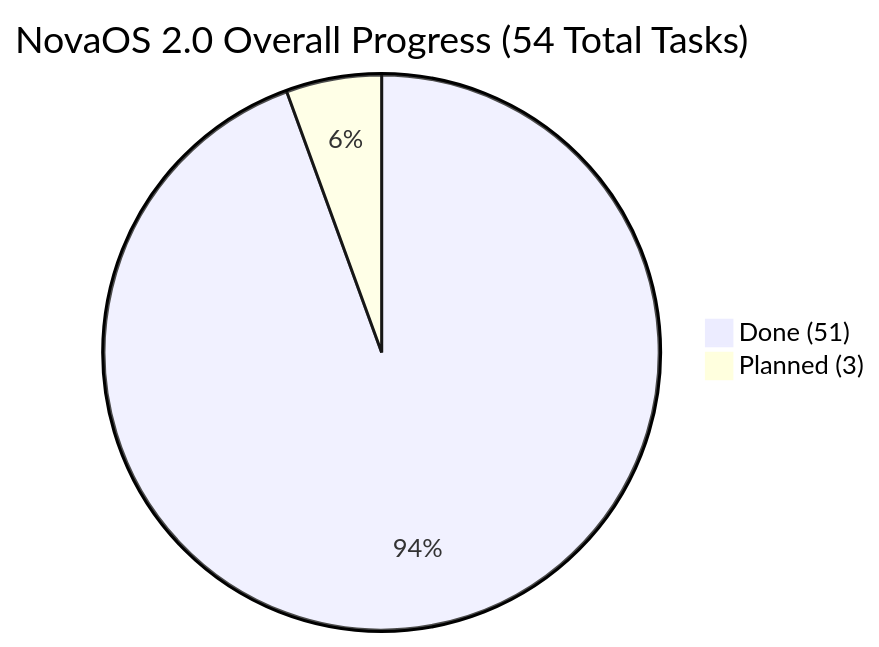
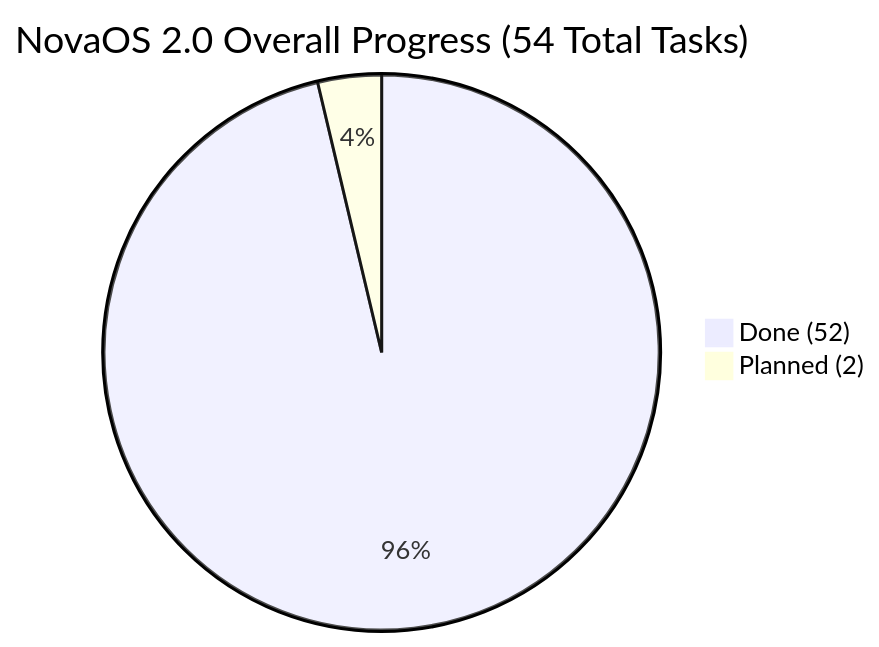
The diagram in NovaOS_Build_Plan.md (firoze-hossain/novaos), drawn with Mermaid before and after one commit. The commit also changed other lines of this file and 20 other files, not shown here.

````diff
--- a/NovaOS_Build_Plan.md
+++ b/NovaOS_Build_Plan.md
@@ -9,5 +9,5 @@
 ```mermaid
 pie title NovaOS 2.0 Overall Progress (54 Total Tasks)
-    "Done (51)" : 51
-    "Planned (3)" : 3
+    "Done (52)" : 52
+    "Planned (2)" : 2
 ```
````
